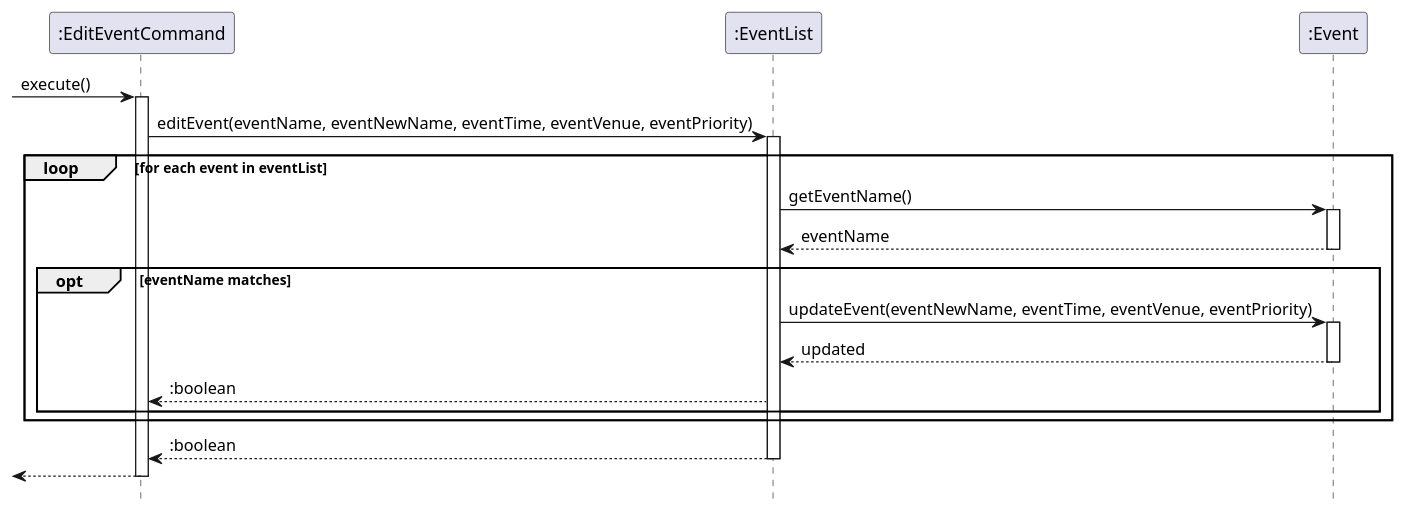
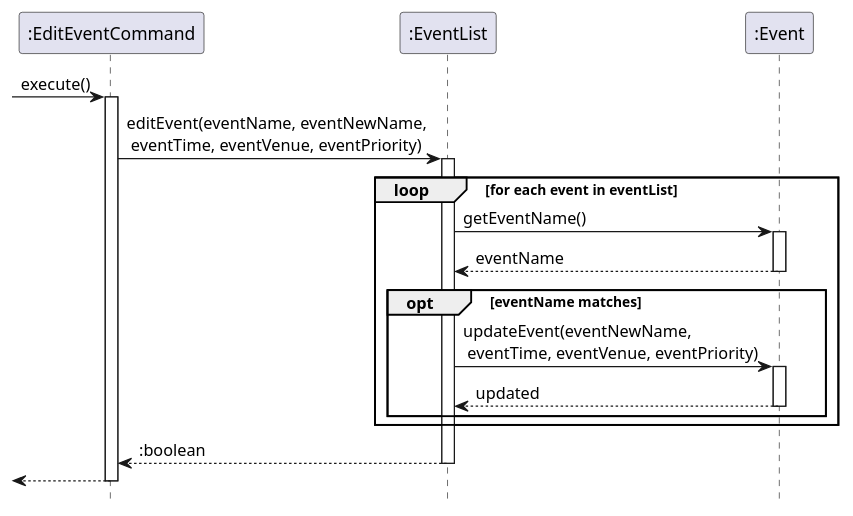
One commit to nus-cs2113-AY2425S1/tp changed the diagram in docs/diagrams/EditEventCommandSequenceDiagram.puml. Above: the diagram before and after it, drawn with PlantUML. The commit also changed 15 other files, not shown here.

Commit message:
Update and simplify sequence diagrams

```diff
--- a/docs/diagrams/EditEventCommandSequenceDiagram.puml
+++ b/docs/diagrams/EditEventCommandSequenceDiagram.puml
@@ -1,34 +1,33 @@
 @startuml
 hide footbox
 
 participant ":EditEventCommand" as editCommand
 participant ":EventList" as eventList
 participant ":Event" as event
 
 [-> editCommand : execute()
 activate editCommand
 
-editCommand -> eventList : editEvent(eventName, eventNewName, eventTime, eventVenue, eventPriority)
+editCommand -> eventList : editEvent(eventName, eventNewName,\n eventTime, eventVenue, eventPriority)
 activate eventList
 
 loop for each event in eventList
     eventList -> event : getEventName()
     activate event
     event --> eventList : eventName
     deactivate event
 
     opt eventName matches
-        eventList -> event : updateEvent(eventNewName, eventTime, eventVenue, eventPriority)
+        eventList -> event : updateEvent(eventNewName,\n eventTime, eventVenue, eventPriority)
         activate event
         event --> eventList : updated
         deactivate event
-        eventList --> editCommand : :boolean
     end
 
 end
 
 return :boolean
 
 return
 
 @enduml
```
